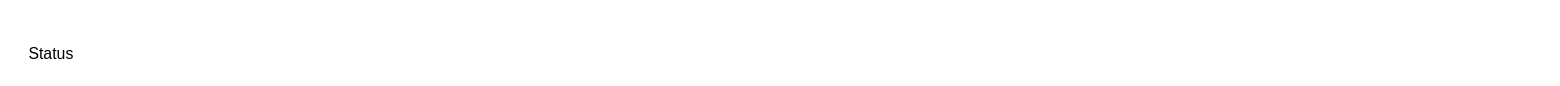
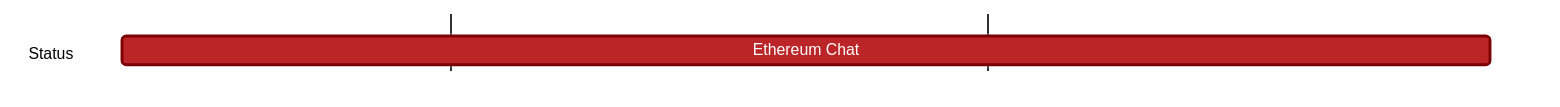
Before and after one commit to logos-co/roadmap: the diagram in content/roadmap/vac/acz/secure-channels/waku/ethereum-chat.md, drawn with Mermaid.

Commit message:
vac acz roadmap update

````diff
--- a/content/roadmap/vac/acz/secure-channels/waku/ethereum-chat.md
+++ b/content/roadmap/vac/acz/secure-channels/waku/ethereum-chat.md
@@ -7,20 +7,20 @@
 ```mermaid
 %%{ 
   init: { 
     'theme': 'base', 
     'themeVariables': { 
       'primaryColor': '#BB2528', 
       'primaryTextColor': '#fff', 
       'primaryBorderColor': '#7C0000', 
       'lineColor': '#F8B229', 
       'secondaryColor': '#006100', 
       'tertiaryColor': '#fff' 
     } 
   } 
 }%%
 gantt
   tickInterval 1month
   dateFormat YYYY-MM-DD 
   section Status
-    Ethereum Chat: 2023-09-12, 2023-11-31
+    Ethereum Chat: 2023-09-12, 2023-11-30
 ```
````
